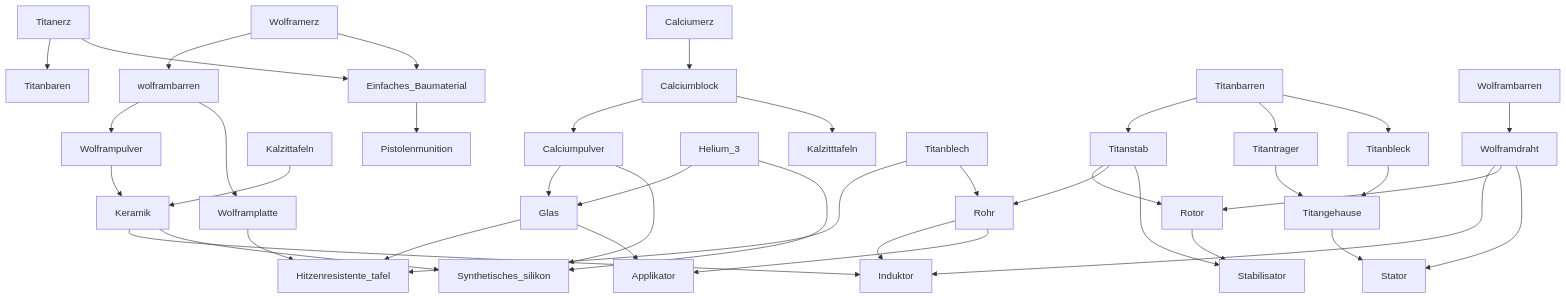
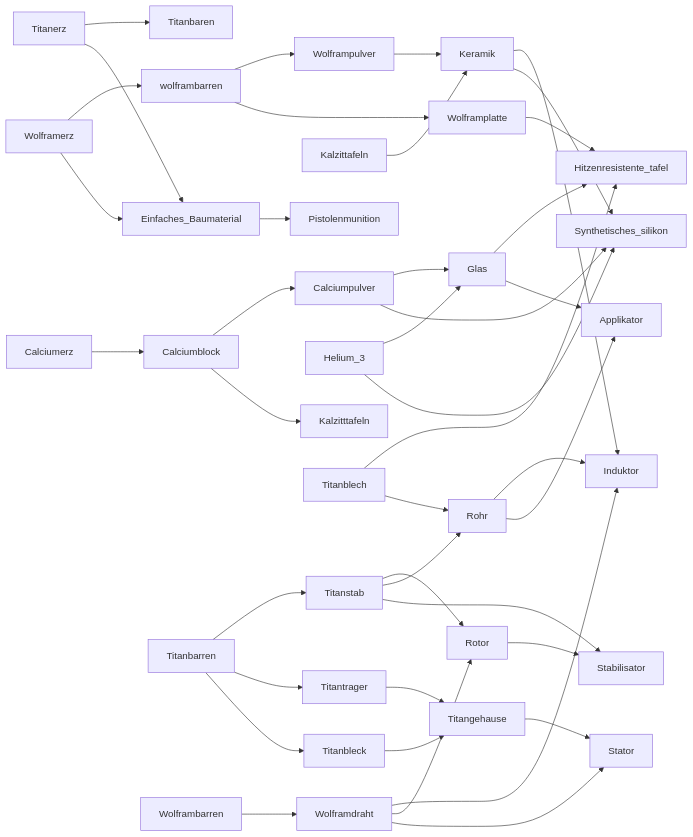
The diagram in tree.md (andrevdl/StarRuptere), drawn with Mermaid before and after one commit.

Commit message:
change direction

````diff
--- a/tree.md
+++ b/tree.md
@@ -1,42 +1,42 @@
 ```mermaid
-graph TD;
+graph LR;
     Titanerz-->Titanbaren;
     Wolframerz-->wolframbarren;
     Calciumerz-->Calciumblock;
     wolframbarren-->Wolframpulver;
     Calciumblock-->Calciumpulver;
     Kalzittafeln-->Keramik
     Wolframpulver-->Keramik;
     Titantrager-->Titangehause;
     Titanbleck-->Titangehause;
     Helium_3-->Glas
     Calciumpulver-->Glas;
     Rohr-->Induktor;
     Wolframdraht-->Induktor;
     Keramik-->Induktor;
     Wolframplatte-->Hitzenresistente_tafel;
     Titanblech-->Hitzenresistente_tafel;
     Glas-->Hitzenresistente_tafel;
     Calciumpulver-->Synthetisches_silikon;
     Helium_3-->Synthetisches_silikon;
     Keramik-->Synthetisches_silikon;
     Wolframerz-->Einfaches_Baumaterial;
     Titanerz-->Einfaches_Baumaterial;
     Einfaches_Baumaterial-->Pistolenmunition;
     Titanbarren-->Titanstab;
     Wolframbarren-->Wolframdraht;
     Calciumblock-->Kalzitttafeln;
     Titanbarren-->Titantrager;
     Titanbarren-->Titanbleck;
     wolframbarren-->Wolframplatte;
     Titanstab-->Rotor;
     Wolframdraht-->Rotor;
     Titanstab-->Rohr;
     Titanblech-->Rohr;
     Rotor-->Stabilisator;
     Titanstab-->Stabilisator;
     Titangehause-->Stator;
     Wolframdraht-->Stator;
     Rohr-->Applikator;
     Glas-->Applikator;
 ```
````
